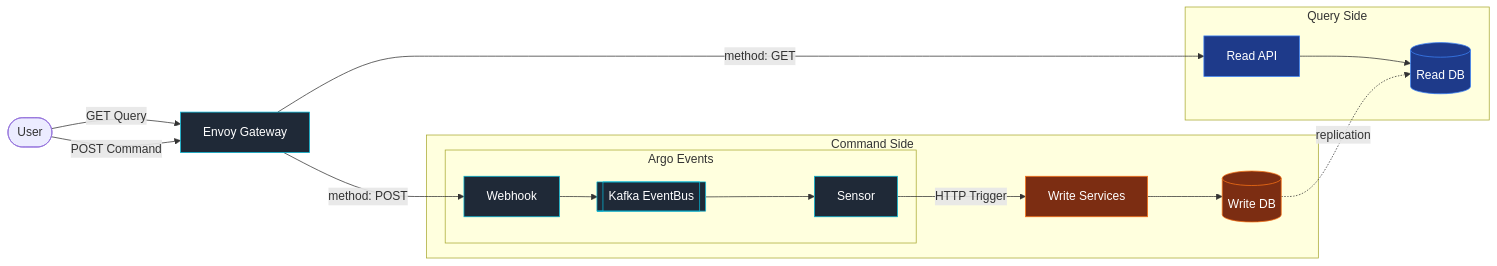
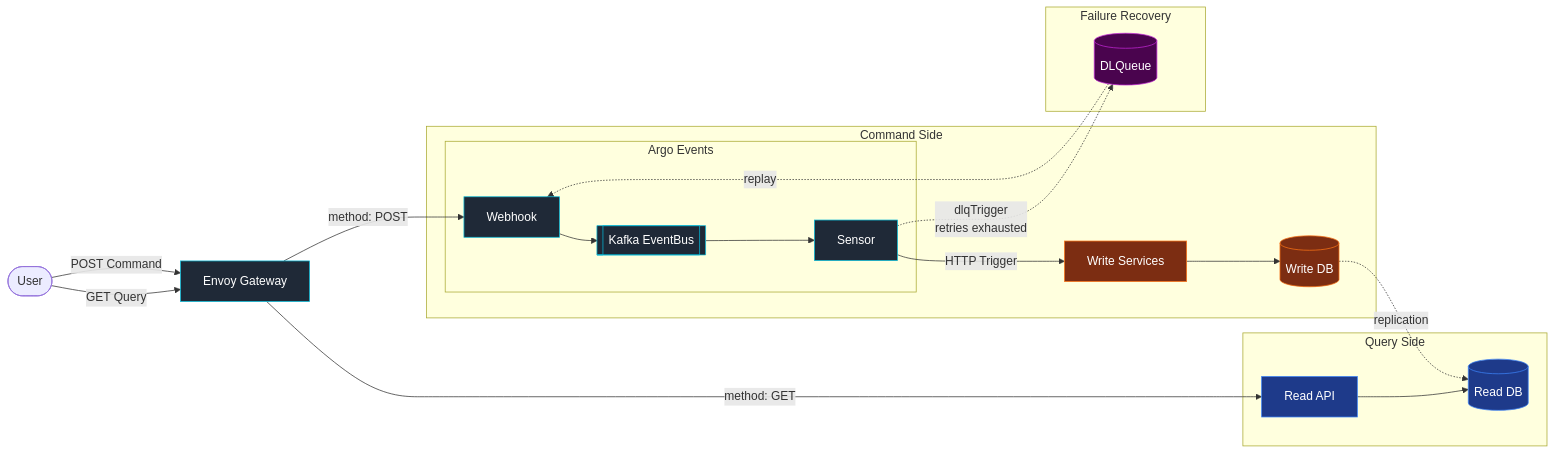
One commit to kaio6fellipe/event-driven-bookinfo changed the first of 4 diagrams in README.md. Above: the diagram before and after it, drawn with Mermaid. The commit also changed other lines of this file, not shown here.

First line of the commit message:
docs(readme): update mermaid diagrams to show DLQ pipeline

````diff
--- a/README.md
+++ b/README.md
@@ -3,42 +3,51 @@
 ```mermaid
 flowchart LR
     User([User])
     Gateway[Envoy Gateway]
 
     subgraph "Query Side"
         ReadAPI[Read API]
         ReadDB[(Read DB)]
     end
 
     subgraph "Command Side"
         subgraph "Argo Events"
             Webhook[Webhook]
             Kafka[[Kafka EventBus]]
             Sensor[Sensor]
         end
         WriteSvc[Write Services]
         WriteDB[(Write DB)]
     end
 
+    subgraph "Failure Recovery"
+        DLQ[(DLQueue)]
+    end
+
     User -->|GET Query| Gateway
     User -->|POST Command| Gateway
 
     Gateway -->|method: GET| ReadAPI
     ReadAPI --> ReadDB
 
     Gateway -->|method: POST| Webhook
     Webhook --> Kafka
     Kafka --> Sensor
     Sensor -->|HTTP Trigger| WriteSvc
     WriteSvc --> WriteDB
 
     WriteDB -.->|replication| ReadDB
 
+    Sensor -.->|dlqTrigger<br/>retries exhausted| DLQ
+    DLQ -.->|replay| Webhook
+
     classDef queryStyle fill:#1e3a8a,stroke:#3b82f6,color:#fff
     classDef writeStyle fill:#7c2d12,stroke:#f97316,color:#fff
     classDef infraStyle fill:#1f2937,stroke:#06b6d4,color:#fff
+    classDef dlqStyle fill:#4a044e,stroke:#c026d3,color:#fff
 
     class ReadAPI,ReadDB queryStyle
     class WriteSvc,WriteDB writeStyle
     class Gateway,Webhook,Kafka,Sensor infraStyle
+    class DLQ dlqStyle
 ```
````
